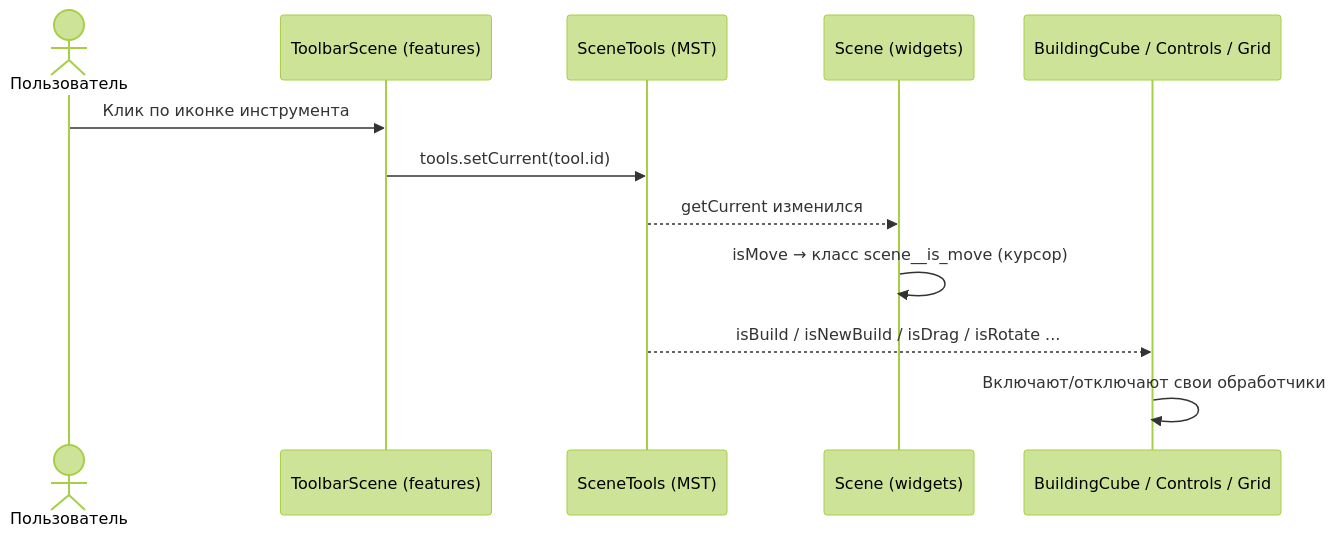
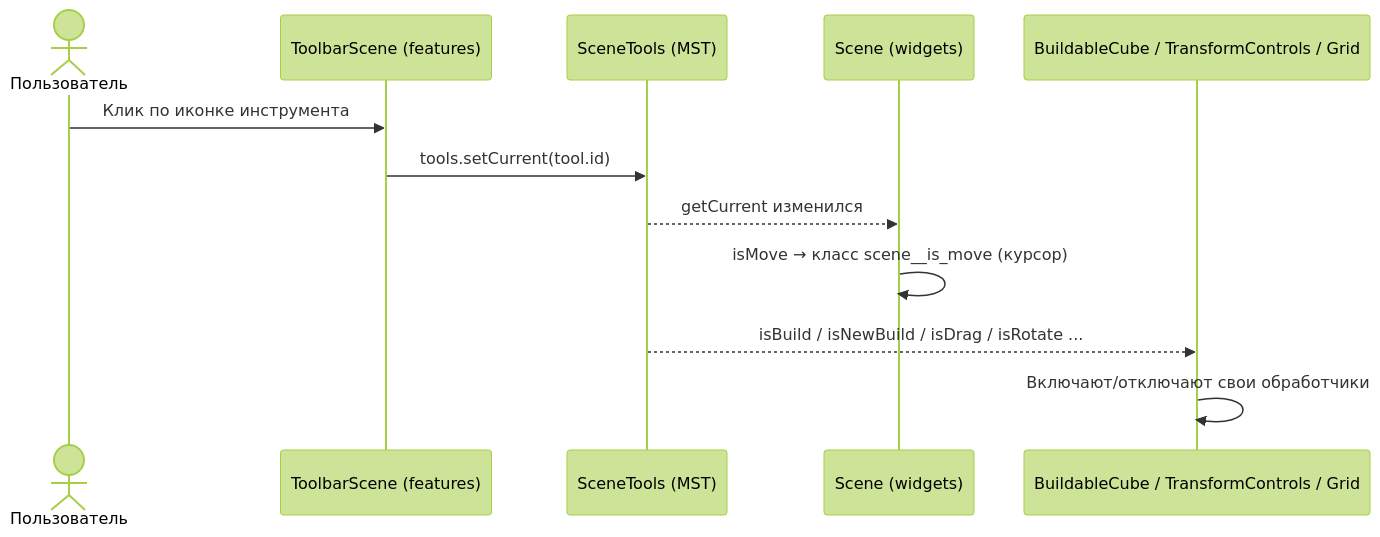
One commit to Nikita-Ardashev/dnd-frontend changed the second of 6 diagrams in docs/12-data-flow.md. Above: the diagram before and after it, drawn with Mermaid (forest theme). The commit also changed other lines of this file and 185 other files, not shown here.

````diff
--- a/docs/12-data-flow.md
+++ b/docs/12-data-flow.md
@@ -30,15 +30,15 @@
 ```mermaid
 sequenceDiagram
     actor U as Пользователь
     participant TB as ToolbarScene (features)
     participant T as SceneTools (MST)
     participant S as Scene (widgets)
-    participant C as BuildingCube / Controls / Grid
+    participant C as BuildableCube / TransformControls / Grid
 
     U->>TB: Клик по иконке инструмента
     TB->>T: tools.setCurrent(tool.id)
     T-->>S: getCurrent изменился
     S->>S: isMove → класс scene__is_move (курсор)
     T-->>C: isBuild / isNewBuild / isDrag / isRotate ...
     C->>C: Включают/отключают свои обработчики
 ```
````
